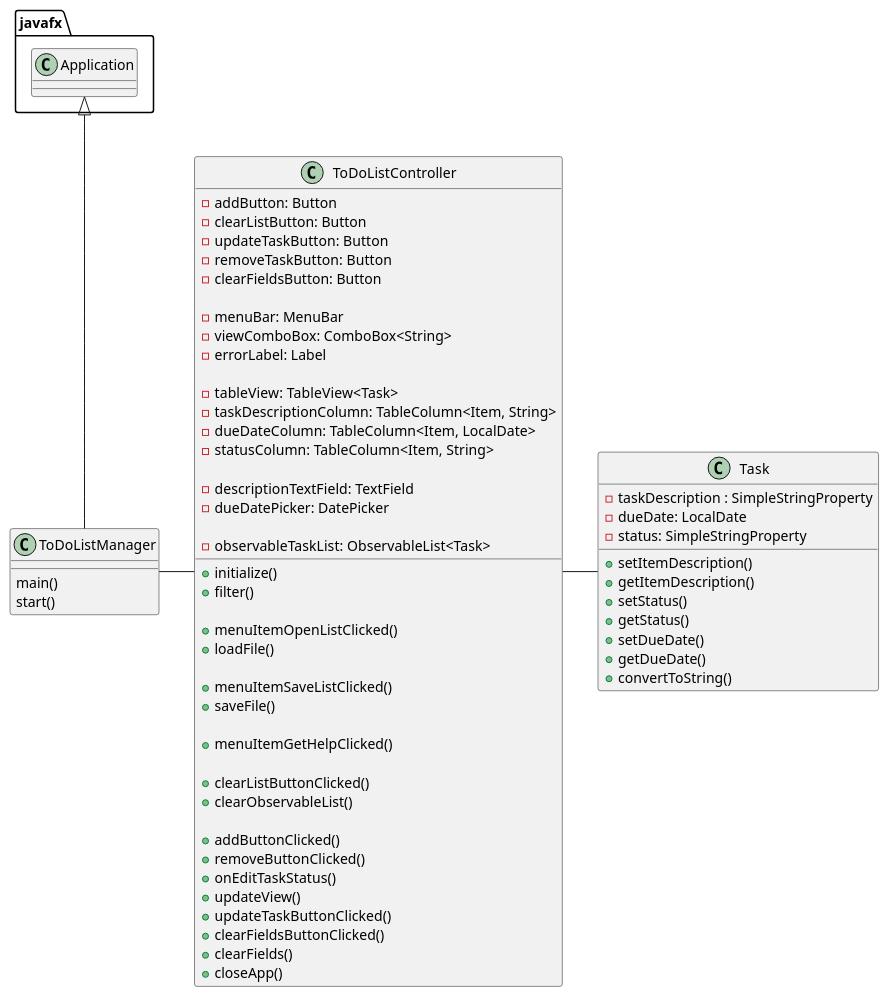
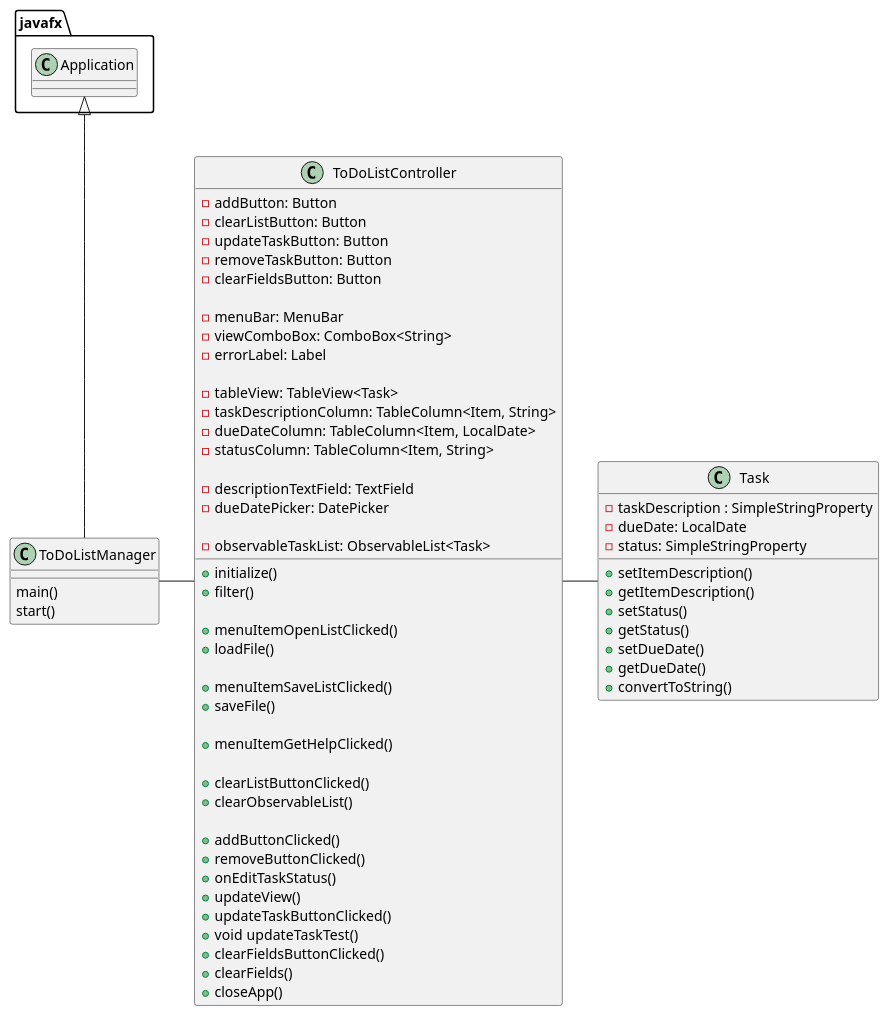
One commit to mredelis/COP3330-OOP-AS4Part2-Summer21 changed the diagram in uml/ClassDiagram.puml. Above: the diagram before and after it, drawn with PlantUML. The commit also changed 2 other files, not shown here.

Commit message:
updateTaskTest() test passed

```diff
--- a/uml/ClassDiagram.puml
+++ b/uml/ClassDiagram.puml
@@ -1,74 +1,75 @@
 @startuml
 'https://plantuml.com/class-diagram
 
 class ToDoListManager{
     main()
     start()
 }
 
 class ToDoListController{
 
     - addButton: Button
     - clearListButton: Button
     - updateTaskButton: Button
     - removeTaskButton: Button
     - clearFieldsButton: Button
 
     - menuBar: MenuBar
     - viewComboBox: ComboBox<String>
     - errorLabel: Label
 
     - tableView: TableView<Task>
     - taskDescriptionColumn: TableColumn<Item, String>
     - dueDateColumn: TableColumn<Item, LocalDate>
     - statusColumn: TableColumn<Item, String>
 
     - descriptionTextField: TextField
     - dueDatePicker: DatePicker
 
     - observableTaskList: ObservableList<Task>
 
     + initialize()
     + filter()
 
     + menuItemOpenListClicked()
         + loadFile() /'loadFile() also calls clearObservableList()'/
 
     + menuItemSaveListClicked()
         + saveFile()
 
     + menuItemGetHelpClicked()
 
     + clearListButtonClicked()
         + clearObservableList()
 
     + addButtonClicked()     /'Delegate testing'/
     + removeButtonClicked()  /'Delegate testing'/
     + onEditTaskStatus()
     + updateView()
     + updateTaskButtonClicked() /'Delegate testing'/
+        + void updateTaskTest()
     + clearFieldsButtonClicked()
         + clearFields()
     + closeApp()
 }
 
 class Task{
     - taskDescription : SimpleStringProperty
     - dueDate: LocalDate
     - status: SimpleStringProperty
 
     + setItemDescription()
     + getItemDescription()
     + setStatus()
     + getStatus()
     + setDueDate()
     + getDueDate()
     + convertToString()
 }
 
 javafx.Application <|-- ToDoListManager
 ToDoListManager - ToDoListController
 ToDoListController - Task
 
 
 @enduml
```
